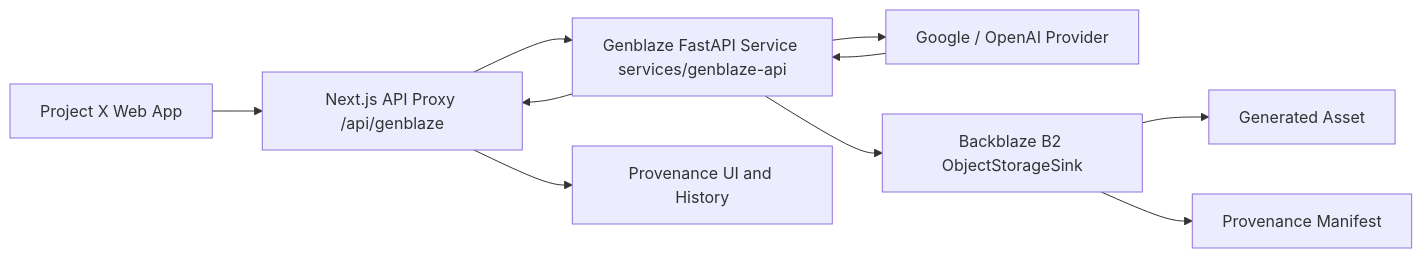
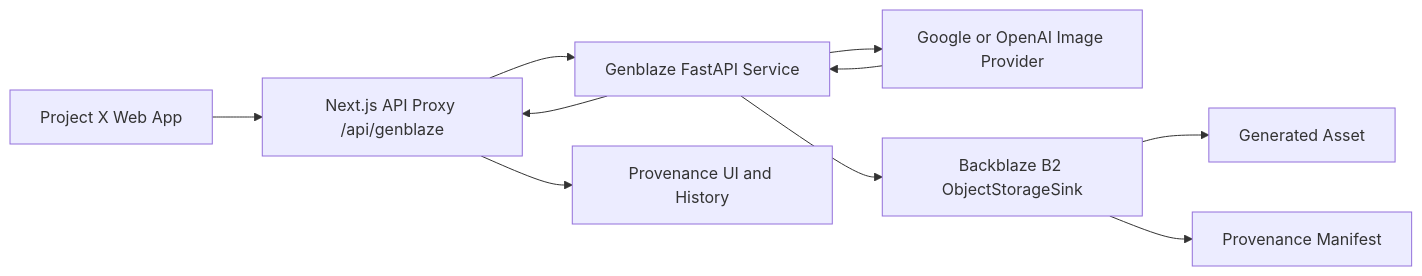
One commit to mylife-as-miles/Project-X changed the diagram in README.md. Above: the diagram before and after it, drawn with Mermaid. The commit also changed other lines of this file, not shown here.

Commit message:
docs: correct Genblaze setup and credential-backed verification steps

````diff
--- a/README.md
+++ b/README.md
@@ -16,12 +16,12 @@
 ```mermaid
 flowchart LR
     A[Project X Web App] --> B[Next.js API Proxy /api/genblaze]
-    B --> C[Genblaze FastAPI Service services/genblaze-api]
-    C --> D[Google / OpenAI Provider]
+    B --> C[Genblaze FastAPI Service]
+    C --> D[Google or OpenAI Image Provider]
     D --> C
     C --> E[Backblaze B2 ObjectStorageSink]
     E --> F[Generated Asset]
     E --> G[Provenance Manifest]
     C --> B
     B --> H[Provenance UI and History]
 ```
````
